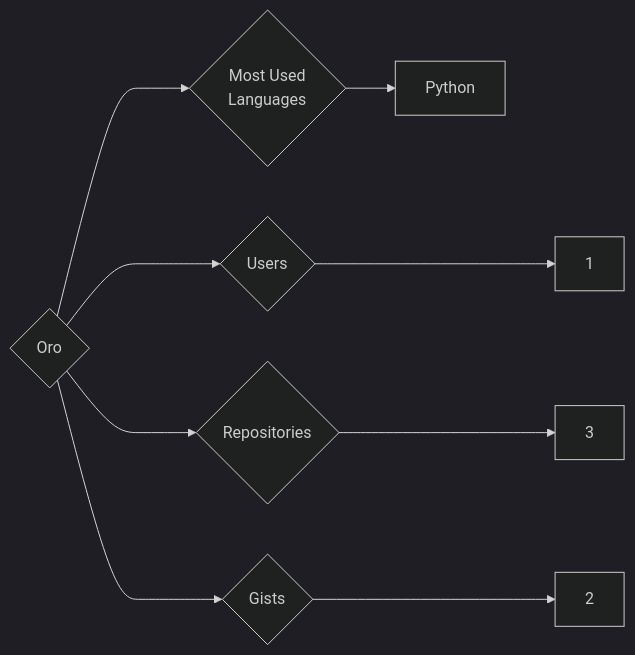
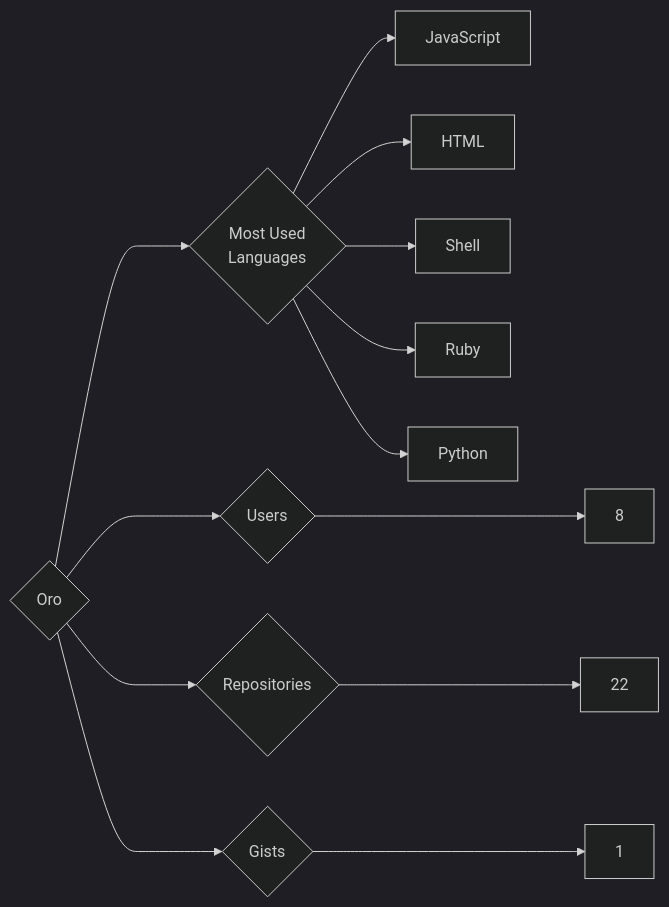
Before and after one commit to trickest/insiders: the diagram in targets/Oro/README.md, drawn with Mermaid (dark theme). The commit also changed 839 other files, not shown here.

````diff
--- a/targets/Oro/README.md
+++ b/targets/Oro/README.md
@@ -3,9 +3,13 @@
 ```mermaid
 graph LR
 COMPANY_NAME{Oro}
-COMPANY_NAME ---> U{Users} ---> UN[1]
-COMPANY_NAME ---> R{Repositories} ---> RN[3]
-COMPANY_NAME ---> G{Gists} ---> GN[2]
+COMPANY_NAME ---> U{Users} ---> UN[8]
+COMPANY_NAME ---> R{Repositories} ---> RN[22]
+COMPANY_NAME ---> G{Gists} ---> GN[1]
 COMPANY_NAME ---> ML{Most Used<br>Languages}
+ML --> JavaScript[JavaScript]
+ML --> HTML[HTML]
+ML --> Shell[Shell]
+ML --> Ruby[Ruby]
 ML --> Python[Python]
 ```
````
